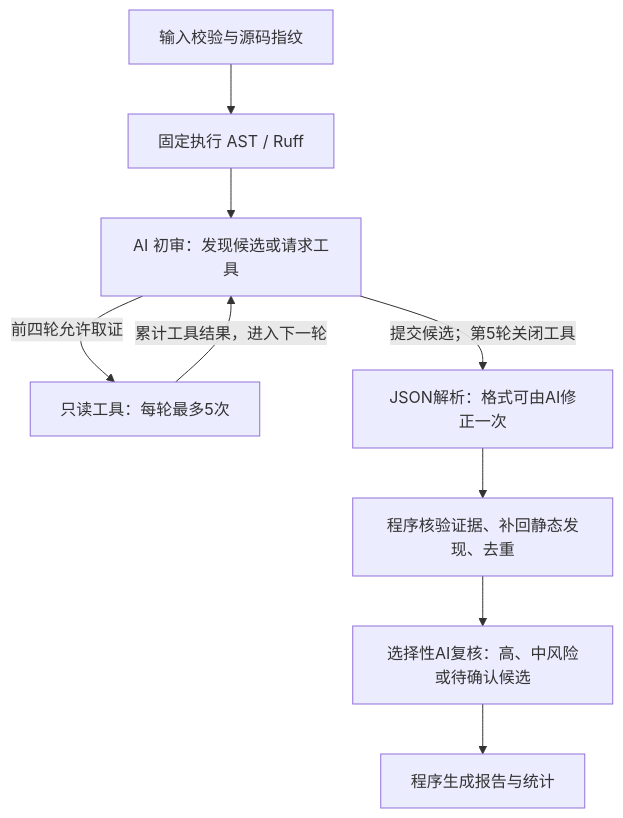
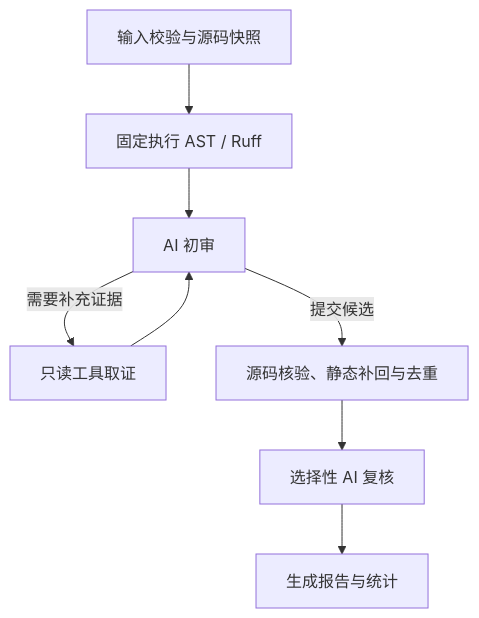
The diagram in README.md (Fang-Xinyu/code-review-agent), drawn with Mermaid before and after one commit. The commit also changed other lines of this file and 14 other files, not shown here.

````diff
--- a/README.md
+++ b/README.md
@@ -78,11 +55,10 @@
 ```mermaid
 flowchart TD
-    A["输入校验与源码指纹"] --> B["固定执行 AST / Ruff"]
-    B --> C["AI 初审：发现候选或请求工具"]
-    C -->|前四轮允许取证| D["只读工具：每轮最多5次"]
-    D -->|累计工具结果，进入下一轮| C
-    C -->|提交候选；第5轮关闭工具| E["JSON解析：格式可由AI修正一次"]
-    E --> F["程序核验证据、补回静态发现、去重"]
-    F --> G["选择性AI复核：高、中风险或待确认候选"]
-    G --> H["程序生成报告与统计"]
+    A["输入校验与源码快照"] --> B["固定执行 AST / Ruff"]
+    B --> C["AI 初审"]
+    C -->|需要补充证据| D["只读工具取证"]
+    D --> C
+    C -->|提交候选| E["源码核验、静态补回与去重"]
+    E --> F["选择性 AI 复核"]
+    F --> G["生成报告与统计"]
 ```
````
